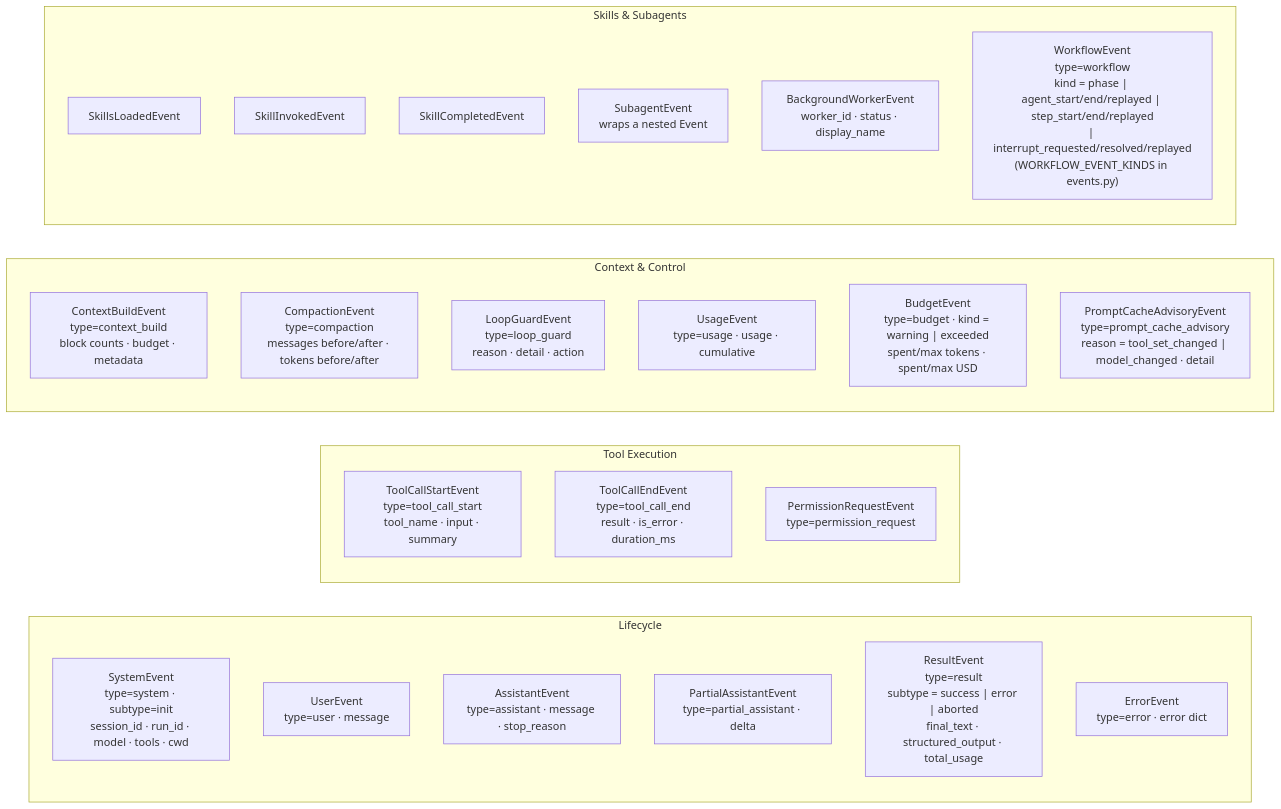
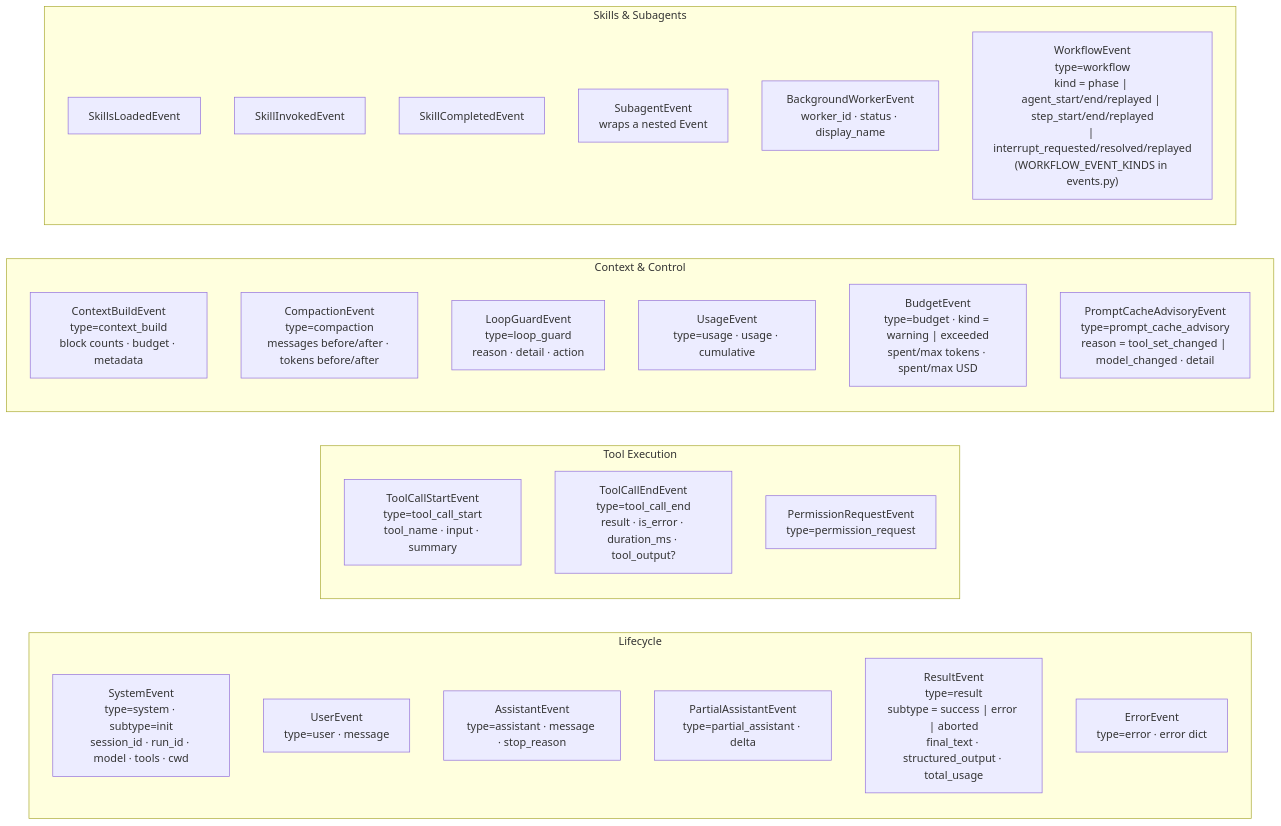
Before and after one commit to DuyTa506/linch: the diagram in docs/architecture/events.md, drawn with Mermaid. The commit also changed 49 other files, not shown here.

````diff
--- a/docs/architecture/events.md
+++ b/docs/architecture/events.md
@@ -7,39 +7,39 @@
 ```mermaid
 graph LR
     subgraph Life["Lifecycle"]
         direction TB
         SE["SystemEvent\ntype=system · subtype=init\nsession_id · run_id · model · tools · cwd"]
         UE["UserEvent\ntype=user · message"]
         AE["AssistantEvent\ntype=assistant · message · stop_reason"]
         PAE["PartialAssistantEvent\ntype=partial_assistant · delta"]
         RE["ResultEvent\ntype=result\nsubtype = success | error | aborted\nfinal_text · structured_output · total_usage"]
         ERR["ErrorEvent\ntype=error · error dict"]
     end
 
     subgraph Tools["Tool Execution"]
         direction TB
         TCS["ToolCallStartEvent\ntype=tool_call_start\ntool_name · input · summary"]
-        TCE["ToolCallEndEvent\ntype=tool_call_end\nresult · is_error · duration_ms"]
+        TCE["ToolCallEndEvent\ntype=tool_call_end\nresult · is_error · duration_ms · tool_output?"]
         PRE["PermissionRequestEvent\ntype=permission_request"]
     end
 
     subgraph Ctx["Context & Control"]
         direction TB
         CBE["ContextBuildEvent\ntype=context_build\nblock counts · budget · metadata"]
         CE["CompactionEvent\ntype=compaction\nmessages before/after · tokens before/after"]
         LGE["LoopGuardEvent\ntype=loop_guard\nreason · detail · action"]
         UGE["UsageEvent\ntype=usage · usage · cumulative"]
         BE["BudgetEvent\ntype=budget · kind = warning | exceeded\nspent/max tokens · spent/max USD"]
         PCA["PromptCacheAdvisoryEvent\ntype=prompt_cache_advisory\nreason = tool_set_changed | model_changed · detail"]
     end
 
     subgraph Skill["Skills & Subagents"]
         direction TB
         SLE["SkillsLoadedEvent"]
         SIE["SkillInvokedEvent"]
         SCE["SkillCompletedEvent"]
         SAE["SubagentEvent\nwraps a nested Event"]
         BWE["BackgroundWorkerEvent\nworker_id · status · display_name"]
         WFE["WorkflowEvent\ntype=workflow\nkind = phase | agent_start/end/replayed | step_start/end/replayed\n| interrupt_requested/resolved/replayed\n(WORKFLOW_EVENT_KINDS in events.py)"]
     end
 ```
````
